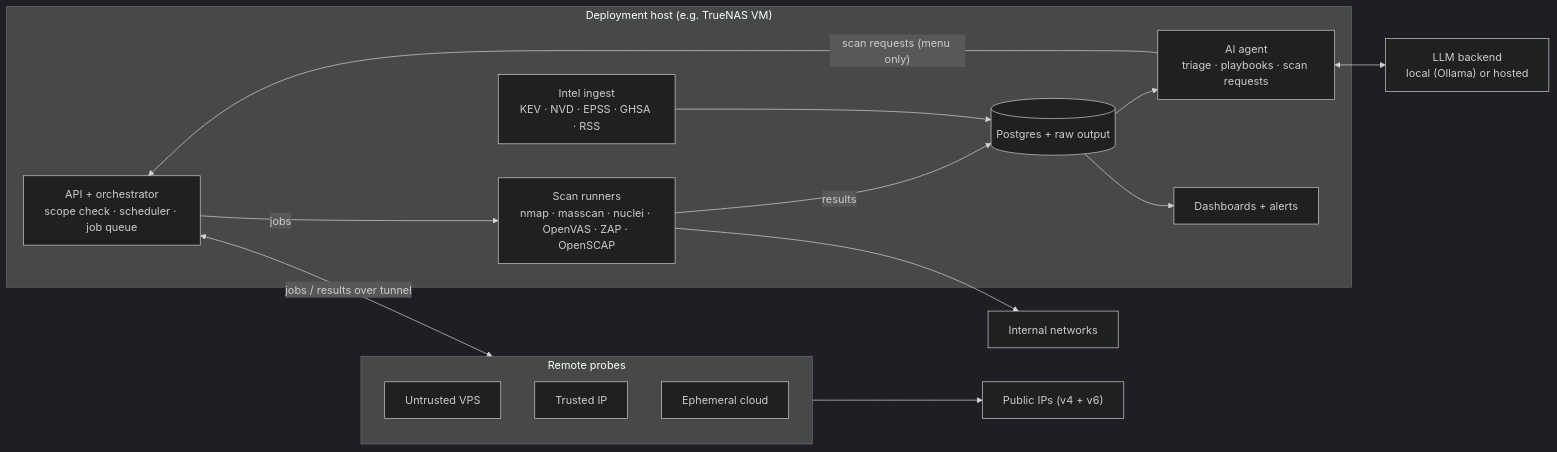
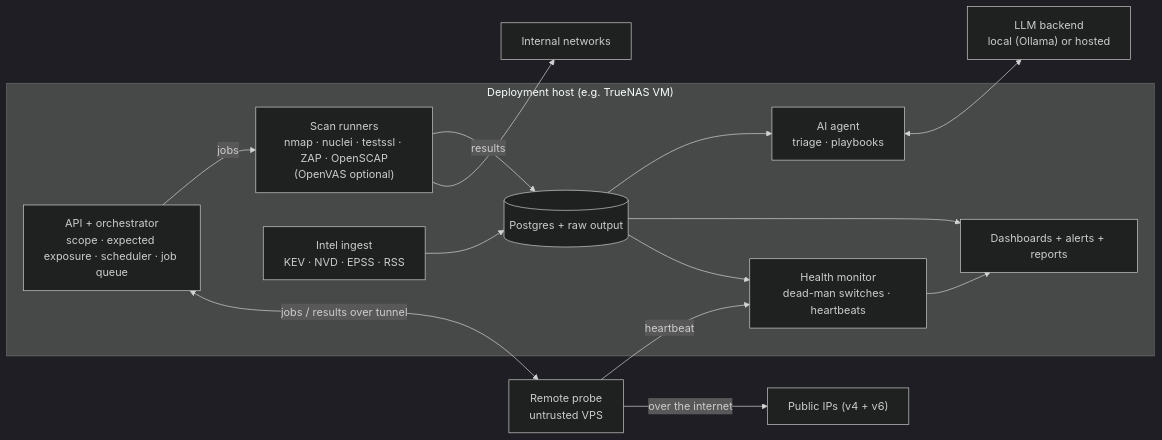
Before and after one commit to junglestyle/pen16: the diagram in ARCHITECTURE.md, drawn with Mermaid (dark theme). The commit also changed other lines of this file and 2 other files, not shown here.

First line of the commit message:
Apply architecture review: expected exposure, self-monitoring, untrusted LLM input, lean core

````diff
--- a/ARCHITECTURE.md
+++ b/ARCHITECTURE.md
@@ -7,28 +7,27 @@
 ```mermaid
 flowchart LR
   subgraph host["Deployment host (e.g. TrueNAS VM)"]
-    api["API + orchestrator<br/>scope check · scheduler · job queue"]
-    runners["Scan runners<br/>nmap · masscan · nuclei · OpenVAS · ZAP · OpenSCAP"]
+    api["API + orchestrator<br/>scope · expected exposure · scheduler · job queue"]
+    runners["Scan runners<br/>nmap · nuclei · testssl · ZAP · OpenSCAP<br/>(OpenVAS optional)"]
     db[("Postgres + raw output")]
-    agent["AI agent<br/>triage · playbooks · scan requests"]
-    intel["Intel ingest<br/>KEV · NVD · EPSS · GHSA · RSS"]
-    ui["Dashboards + alerts"]
+    agent["AI agent<br/>triage · playbooks"]
+    intel["Intel ingest<br/>KEV · NVD · EPSS · RSS"]
+    health["Health monitor<br/>dead-man switches · heartbeats"]
+    ui["Dashboards + alerts + reports"]
   end
-  subgraph outside["Remote probes"]
-    p1["Untrusted VPS"]
-    p2["Trusted IP"]
-    p3["Ephemeral cloud"]
-  end
+  probe["Remote probe<br/>untrusted VPS"]
   llm["LLM backend<br/>local (Ollama) or hosted"]
 
   api -- jobs --> runners
   runners -- results --> db
-  api <-->|jobs / results over tunnel| outside
+  api <-->|jobs / results over tunnel| probe
   intel --> db
   db --> agent
-  agent -- "scan requests (menu only)" --> api
   agent <--> llm
   db --> ui
+  db --> health
+  probe -- heartbeat --> health
+  health --> ui
   runners --> lan["Internal networks"]
-  outside --> wan["Public IPs (v4 + v6)"]
+  probe -->|over the internet| wan["Public IPs (v4 + v6)"]
 ```
````
